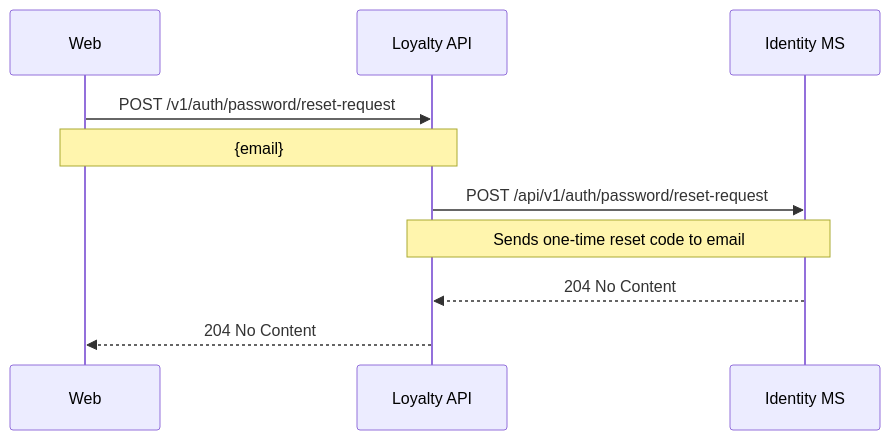
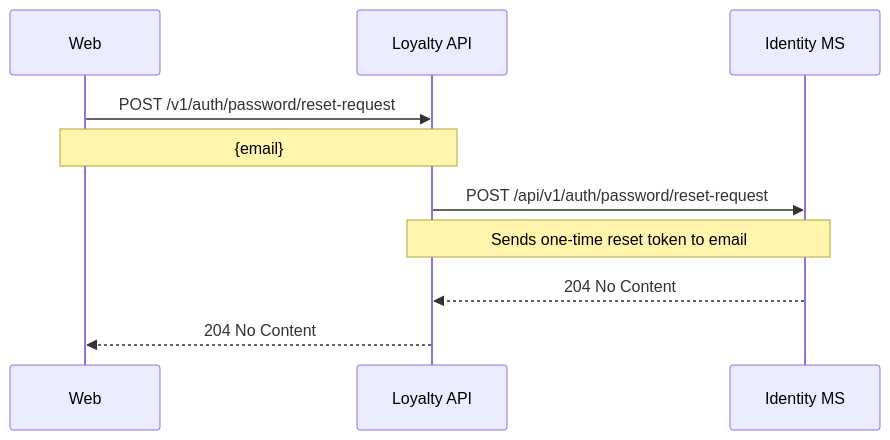
One commit to sebharvey/airline-reservation-system changed the fourth of 9 diagrams in documentation/sequences/identity.md. Above: the diagram before and after it, drawn with Mermaid. The commit also changed other lines of this file and 11 other files, not shown here.

````diff
--- a/documentation/sequences/identity.md
+++ b/documentation/sequences/identity.md
@@ -54,13 +75,13 @@
 ```mermaid
 sequenceDiagram
     participant Web
     participant LoyaltyAPI as Loyalty API
     participant IdentityMS as Identity MS
 
     Web->>LoyaltyAPI: POST /v1/auth/password/reset-request
     Note over Web,LoyaltyAPI: {email}
     LoyaltyAPI->>IdentityMS: POST /api/v1/auth/password/reset-request
-    Note over LoyaltyAPI,IdentityMS: Sends one-time reset code to email
+    Note over LoyaltyAPI,IdentityMS: Sends one-time reset token to email
     IdentityMS-->>LoyaltyAPI: 204 No Content
     LoyaltyAPI-->>Web: 204 No Content
 ```
````
